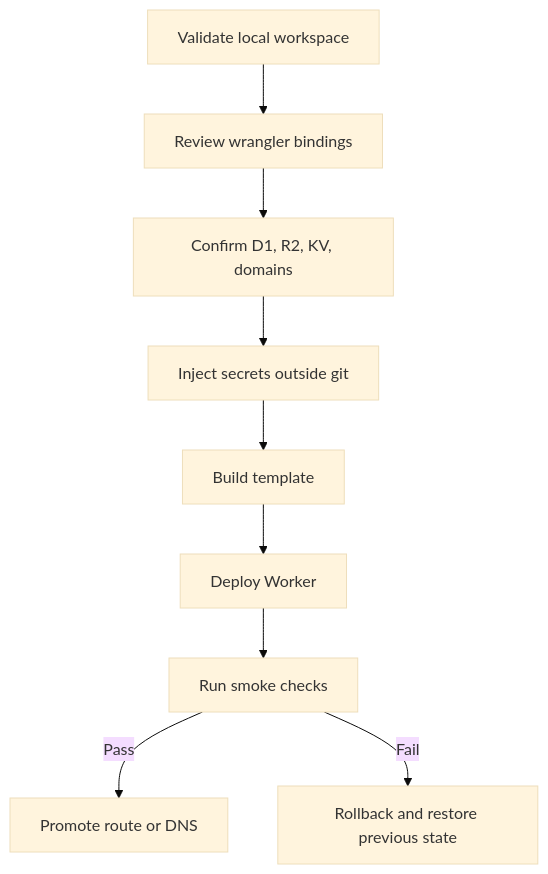
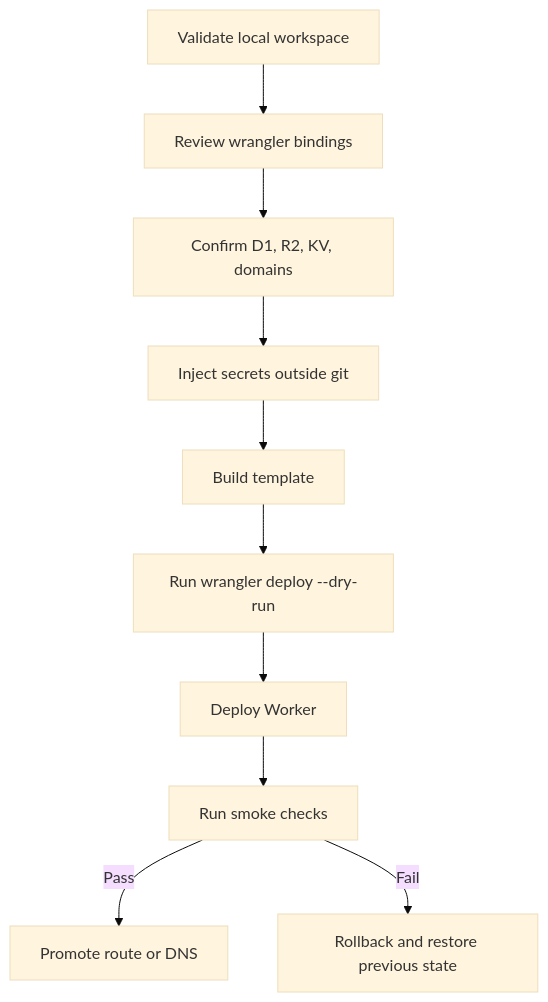
The second of 2 diagrams in docs/deployment/cloudflare.md (ahliweb/awcms-micro), drawn with Mermaid (base theme) before and after one commit. The commit also changed other lines of this file and 29 other files, not shown here.

````diff
--- a/docs/deployment/cloudflare.md
+++ b/docs/deployment/cloudflare.md
@@ -91,11 +91,12 @@
 ```mermaid
 flowchart TD
   Validate[Validate local workspace] --> Bindings[Review wrangler bindings]
   Bindings --> Resources[Confirm D1, R2, KV, domains]
   Resources --> Secrets[Inject secrets outside git]
   Secrets --> Build[Build template]
-  Build --> Deploy[Deploy Worker]
+  Build --> DryRun[Run wrangler deploy --dry-run]
+  DryRun --> Deploy[Deploy Worker]
   Deploy --> Smoke[Run smoke checks]
   Smoke -->|Pass| Cutover[Promote route or DNS]
   Smoke -->|Fail| Rollback[Rollback and restore previous state]
 ```
````
